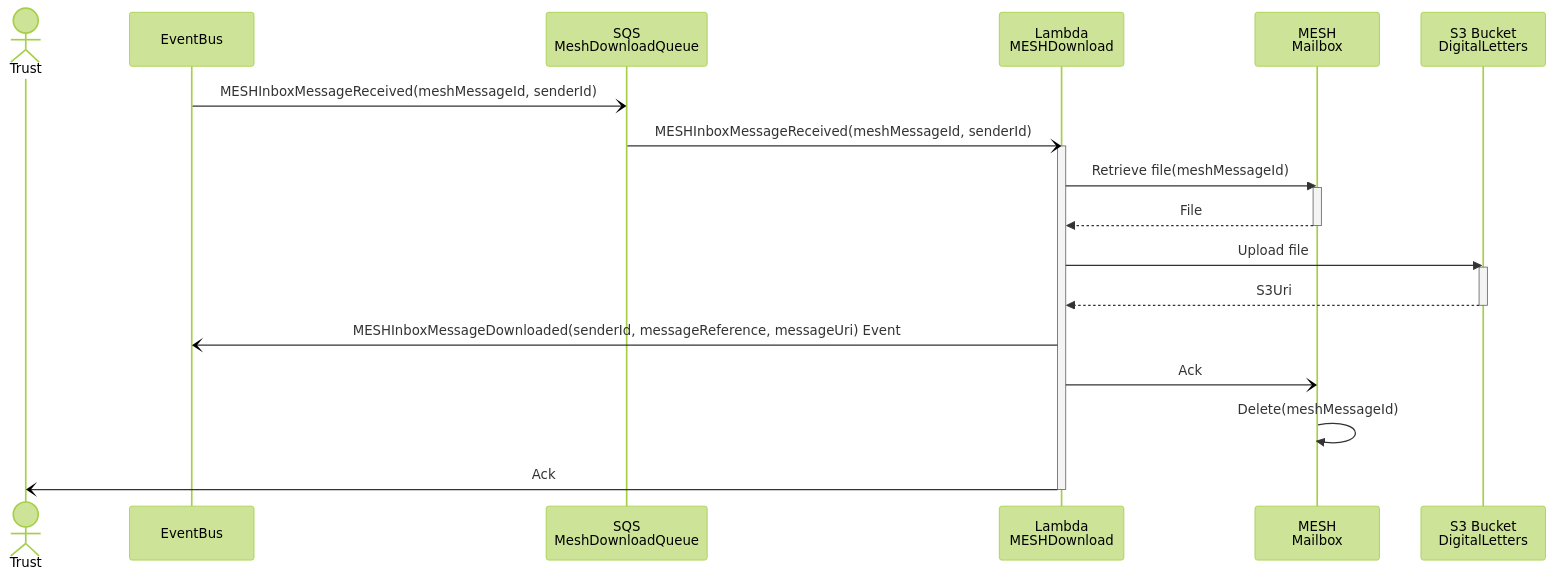
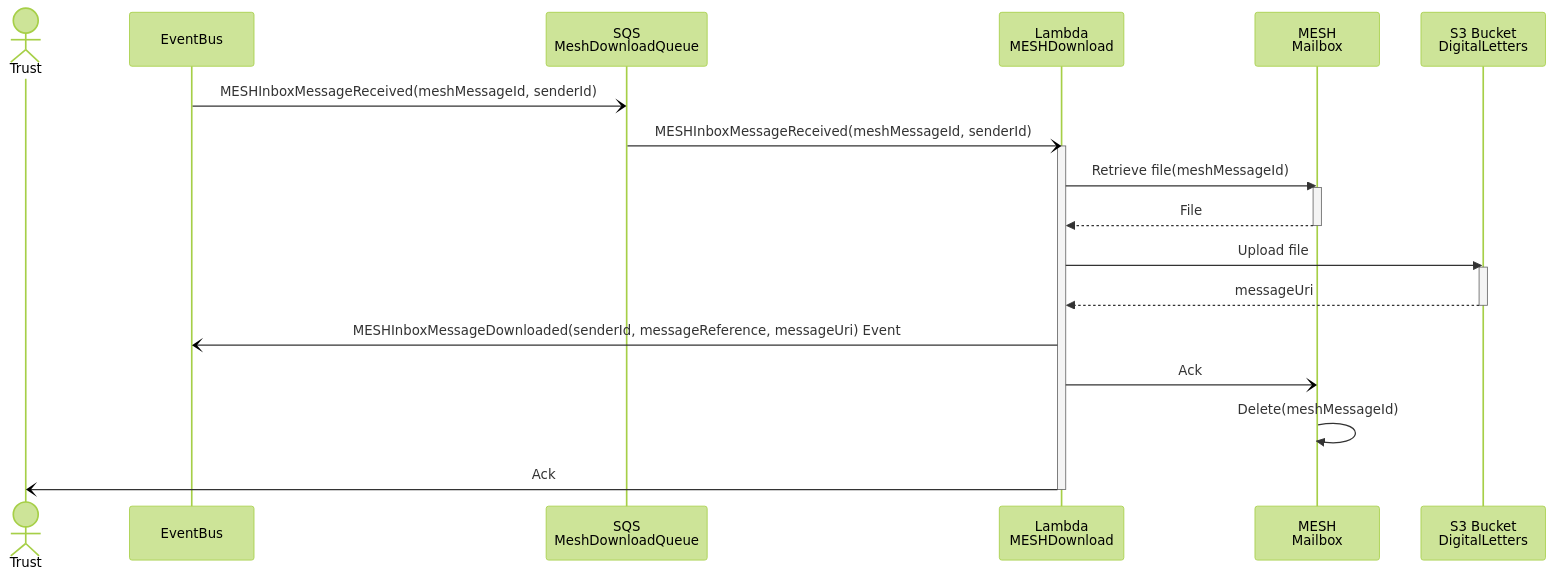
One commit to NHSDigital/nhs-notify-digital-letters changed the diagram in docs/collections/_diagrams/sequence-mesh-download.md. Above: the diagram before and after it, drawn with Mermaid (forest theme).

````diff
--- a/docs/collections/_diagrams/sequence-mesh-download.md
+++ b/docs/collections/_diagrams/sequence-mesh-download.md
@@ -7,27 +7,27 @@
 ```mermaid
 
 sequenceDiagram
   actor trust as Trust
   participant eventBus as EventBus
   participant sqs as SQS<br/>MeshDownloadQueue
   participant meshDownload  as Lambda<br/>MESHDownload
   participant meshMailbox as MESH<br/>Mailbox
   participant s3 as S3 Bucket<br/>DigitalLetters
 
   eventBus -) sqs: MESHInboxMessageReceived(meshMessageId, senderId)
   sqs -) meshDownload: MESHInboxMessageReceived(meshMessageId, senderId)
   activate meshDownload
     meshDownload ->> meshMailbox: Retrieve file(meshMessageId)
     activate meshMailbox
       meshMailbox -->> meshDownload: File
     deactivate meshMailbox
     meshDownload ->> s3: Upload file
     activate s3
-      s3 -->> meshDownload: S3Uri
+      s3 -->> meshDownload: messageUri
     deactivate s3
     meshDownload -) eventBus: MESHInboxMessageDownloaded(senderId, messageReference, messageUri) Event
     meshDownload -) meshMailbox: Ack
     meshMailbox ->> meshMailbox: Delete(meshMessageId)
     meshDownload -) trust: Ack
   deactivate meshDownload
 ```
````
